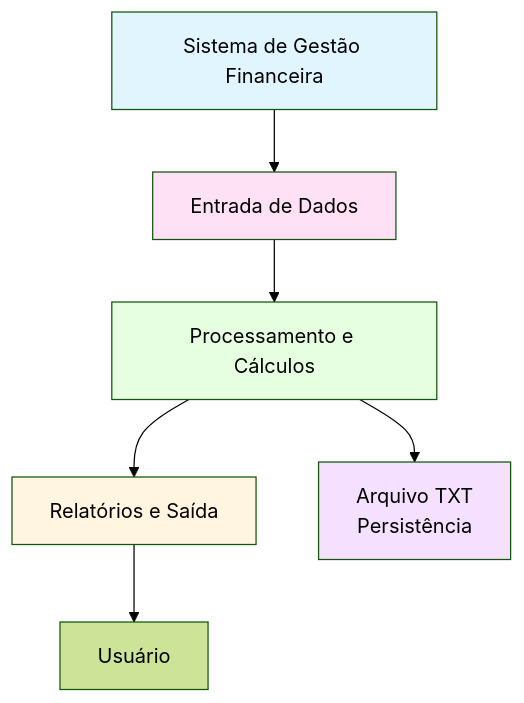
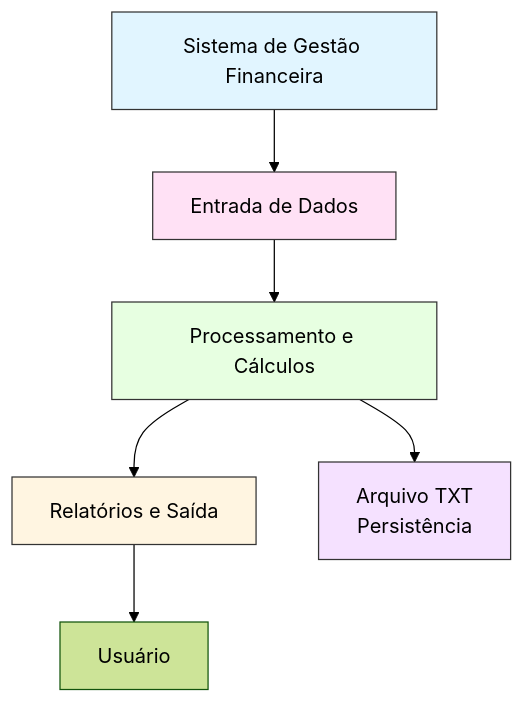
One commit to janemery/projeto_01_gestao_financeira_pessoal changed the diagram in README.md. Above: the diagram before and after it, drawn with Mermaid (forest theme). The commit also changed other lines of this file, not shown here.

````diff
--- a/README.md
+++ b/README.md
@@ -28,14 +33,14 @@
 ```mermaid
 graph TD
     A[Sistema de Gestão Financeira] --> B[Entrada de Dados]
     B --> C[Processamento e Cálculos]
     C --> D[Relatórios e Saída]
     C --> E[Arquivo TXT<br/>Persistência]
     D --> F[Usuário]
     
-    style A fill:#e1f5ff
-    style B fill:#ffe1f5
-    style C fill:#e7ffe1
-    style D fill:#fff5e1
-    style E fill:#f5e1ff
+    style A fill:#e1f5ff,stroke:#333,stroke-width:1px
+    style B fill:#ffe1f5,stroke:#333,stroke-width:1px
+    style C fill:#e7ffe1,stroke:#333,stroke-width:1px
+    style D fill:#fff5e1,stroke:#333,stroke-width:1px
+    style E fill:#f5e1ff,stroke:#333,stroke-width:1px
 ```
````
